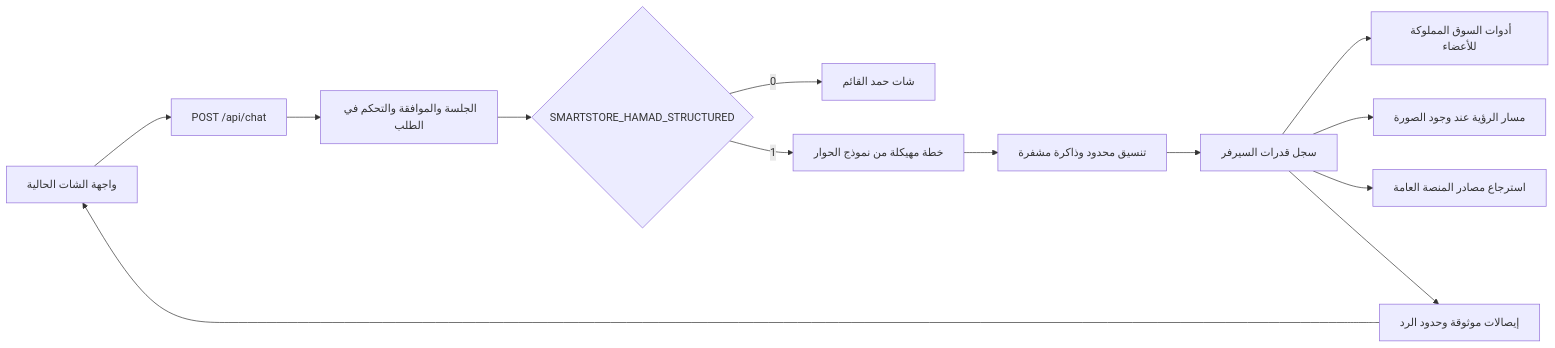
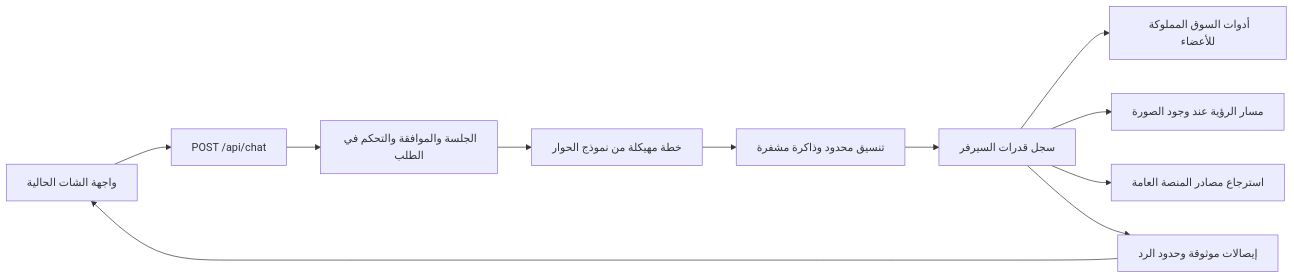
Before and after one commit to mahersss024-oss/smartstoreai1: the diagram in CHAT_HAMAD_REFACTOR_AUDIT/CHAT_TARGET_ARCHITECTURE.md, drawn with Mermaid. The commit also changed other lines of this file and 4 other files, not shown here.

Commit message:
Record the verified adoption of the structured Hamad engine

````diff
--- a/CHAT_HAMAD_REFACTOR_AUDIT/CHAT_TARGET_ARCHITECTURE.md
+++ b/CHAT_HAMAD_REFACTOR_AUDIT/CHAT_TARGET_ARCHITECTURE.md
@@ -3,15 +3,13 @@
 ```mermaid
 flowchart LR
   Chat["واجهة الشات الحالية"] --> API["POST /api/chat"]
   API --> Common["الجلسة والموافقة والتحكم في الطلب"]
-  Common --> Flag{"SMARTSTORE_HAMAD_STRUCTURED"}
-  Flag -->|0| Legacy["شات حمد القائم"]
-  Flag -->|1| Plan["خطة مهيكلة من نموذج الحوار"]
+  Common --> Plan["خطة مهيكلة من نموذج الحوار"]
   Plan --> Orchestration["تنسيق محدود وذاكرة مشفرة"]
   Orchestration --> Registry["سجل قدرات السيرفر"]
   Registry --> Draft["أدوات السوق المملوكة للأعضاء"]
   Registry --> Vision["مسار الرؤية عند وجود الصورة"]
   Registry --> Knowledge["استرجاع مصادر المنصة العامة"]
   Registry --> Receipt["إيصالات موثوقة وحدود الرد"]
   Receipt --> Chat
 ```
````
